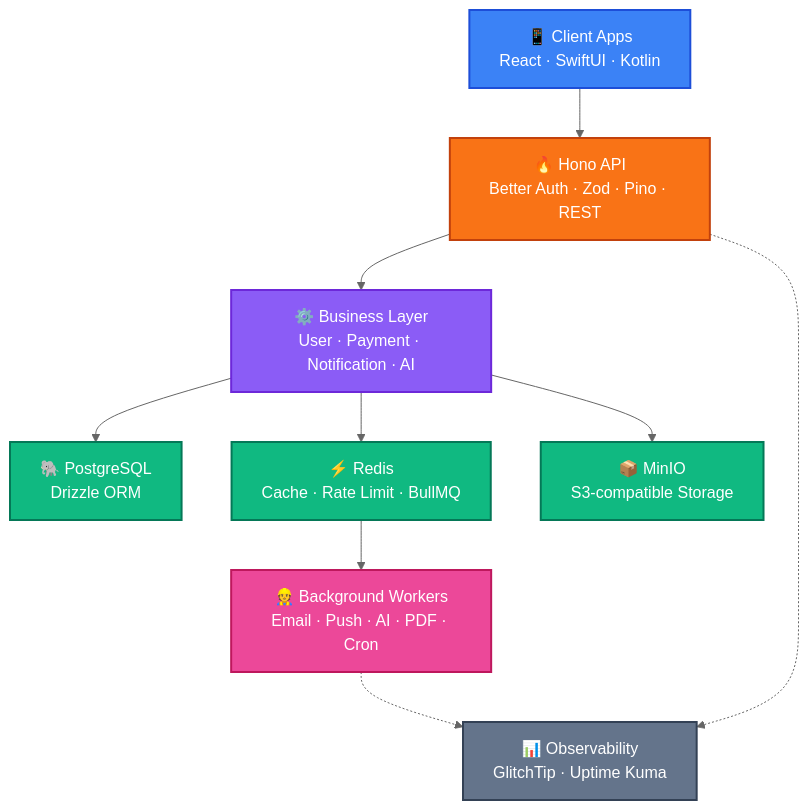
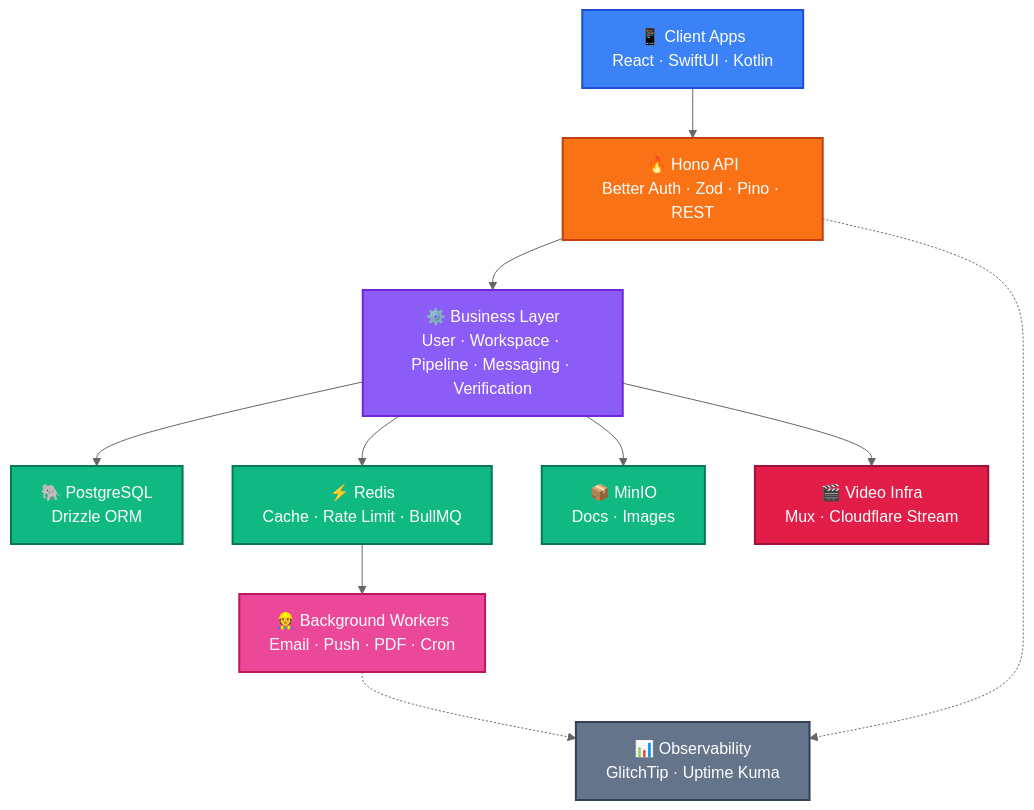
One commit to sarisen/sahin-mvp changed the first of 5 diagrams in slides.md. Above: the diagram before and after it, drawn with Mermaid (neutral theme). The commit also changed other lines of this file, not shown here.

````diff
--- a/slides.md
+++ b/slides.md
@@ -136,29 +135,32 @@
 ```mermaid {scale: 0.5}
 flowchart TD
     A["📱 Client Apps<br/>React · SwiftUI · Kotlin"] --> B["🔥 Hono API<br/>Better Auth · Zod · Pino · REST"]
 
-    B --> C["⚙️ Business Layer<br/>User · Payment · Notification · AI"]
+    B --> C["⚙️ Business Layer<br/>User · Workspace · Pipeline · Messaging · Verification"]
 
     C --> D["🐘 PostgreSQL<br/>Drizzle ORM"]
     C --> E["⚡ Redis<br/>Cache · Rate Limit · BullMQ"]
-    C --> F["📦 MinIO<br/>S3-compatible Storage"]
+    C --> F["📦 MinIO<br/>Docs · Images"]
+    C --> V["🎬 Video Infra<br/>Mux · Cloudflare Stream"]
 
-    E --> G["👷 Background Workers<br/>Email · Push · AI · PDF · Cron"]
+    E --> G["👷 Background Workers<br/>Email · Push · PDF · Cron"]
 
     B -.-> H["📊 Observability<br/>GlitchTip · Uptime Kuma"]
     G -.-> H
 
     classDef client fill:#3b82f6,stroke:#1d4ed8,color:#fff,stroke-width:2px;
     classDef api fill:#f97316,stroke:#c2410c,color:#fff,stroke-width:2px;
     classDef logic fill:#8b5cf6,stroke:#6d28d9,color:#fff,stroke-width:2px;
     classDef data fill:#10b981,stroke:#047857,color:#fff,stroke-width:2px;
+    classDef video fill:#e11d48,stroke:#9f1239,color:#fff,stroke-width:2px;
     classDef worker fill:#ec4899,stroke:#be185d,color:#fff,stroke-width:2px;
     classDef obs fill:#64748b,stroke:#334155,color:#fff,stroke-width:2px;
 
     class A client;
     class B api;
     class C logic;
     class D,E,F data;
+    class V video;
     class G worker;
     class H obs;
 ```
````
